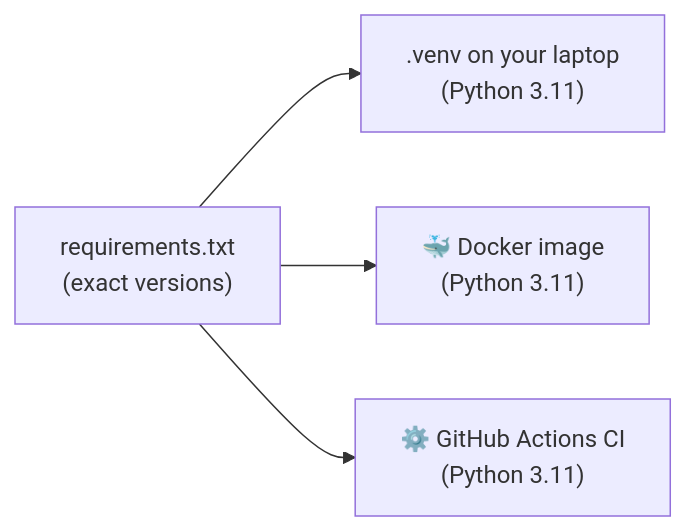
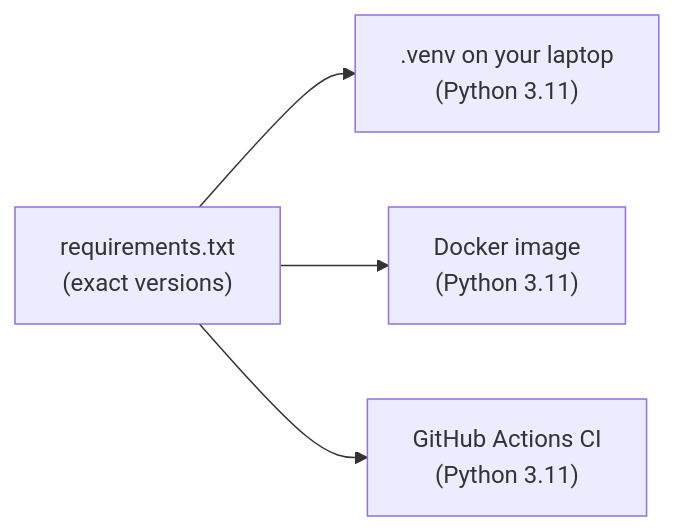
Before and after one commit to shikharkumar13/-NYC-Airbnb-Price-Prediction-MLOps: the first of 2 diagrams in docs/guide/01_foundations.md, drawn with Mermaid. The commit also changed other lines of this file and 15 other files, not shown here.

````diff
--- a/docs/guide/01_foundations.md
+++ b/docs/guide/01_foundations.md
@@ -21,6 +21,6 @@
 ```mermaid
 flowchart LR
     R["requirements.txt\n(exact versions)"] --> V[".venv on your laptop\n(Python 3.11)"]
-    R --> D["🐳 Docker image\n(Python 3.11)"]
-    R --> C["⚙️ GitHub Actions CI\n(Python 3.11)"]
+    R --> D["Docker image\n(Python 3.11)"]
+    R --> C["GitHub Actions CI\n(Python 3.11)"]
 ```
````
